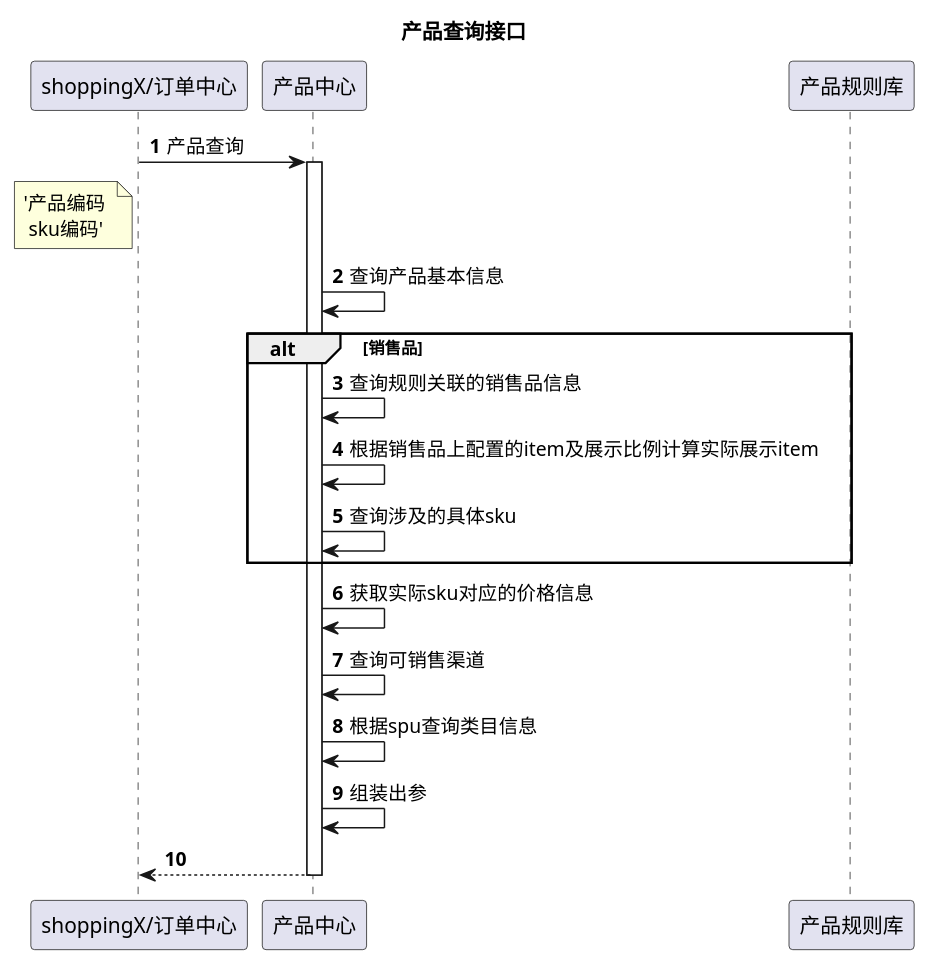
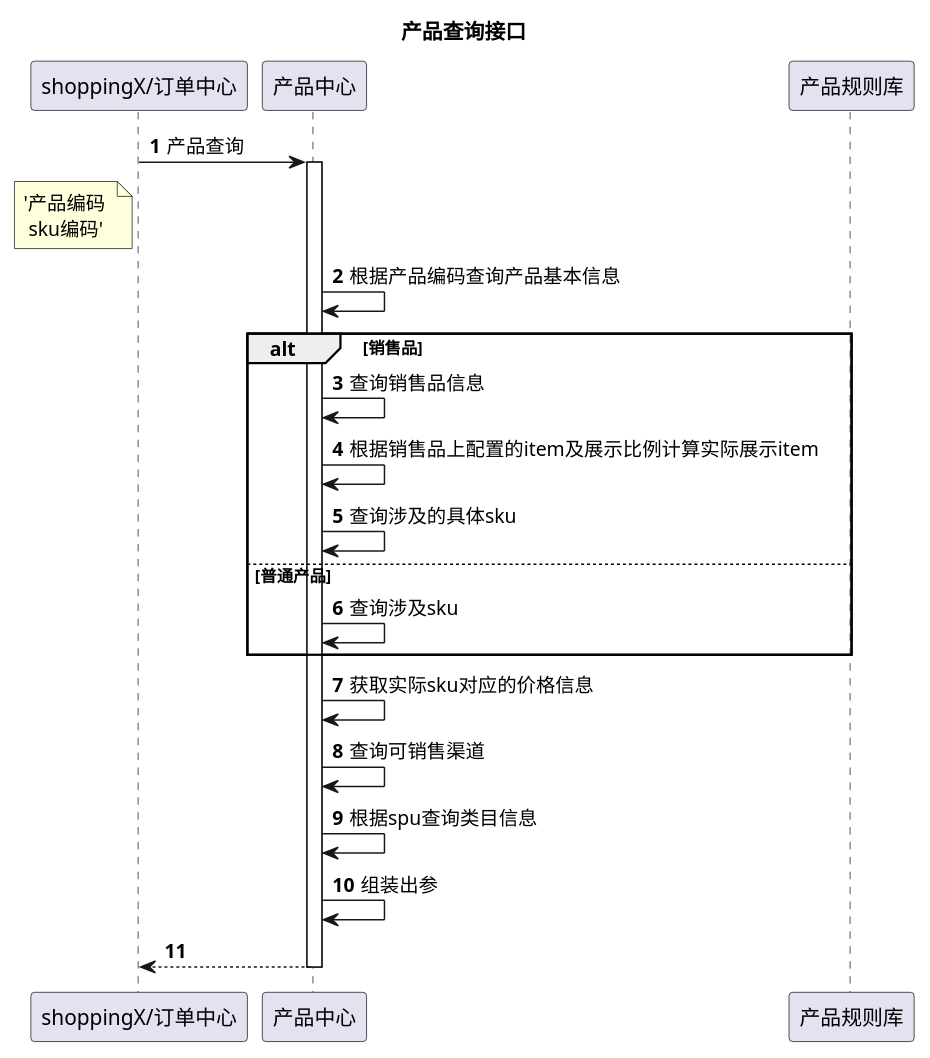
Before and after one commit to learnxin/testdemo: the diagram in src/main/resources/plantuml/nh/querySalesProduct.puml, drawn with PlantUML.

Commit message:
commit plant uml

```diff
--- a/src/main/resources/plantuml/nh/querySalesProduct.puml
+++ b/src/main/resources/plantuml/nh/querySalesProduct.puml
@@ -1,27 +1,29 @@
 @startuml
 'https://plantuml.com/sequence-diagram
 title 产品查询接口
 autonumber
 
 participant "shoppingX/订单中心" as shop
 participant "产品中心" as p
 participant "产品规则库" as gzk
 
 shop -> p: 产品查询
 activate p
 note left of shop: '产品编码 \n sku编码'
 
-p -> p:查询产品基本信息
+p -> p:根据产品编码查询产品基本信息
 alt 销售品
-p -> p: 查询规则关联的销售品信息
+p -> p: 查询销售品信息
 p -> p: 根据销售品上配置的item及展示比例计算实际展示item
 p -> p: 查询涉及的具体sku
+else 普通产品
+p -> p: 查询涉及sku
 end
 p -> p: 获取实际sku对应的价格信息
 p -> p: 查询可销售渠道
 p -> p: 根据spu查询类目信息
 
 p -> p: 组装出参
 
 return
 @enduml
```
